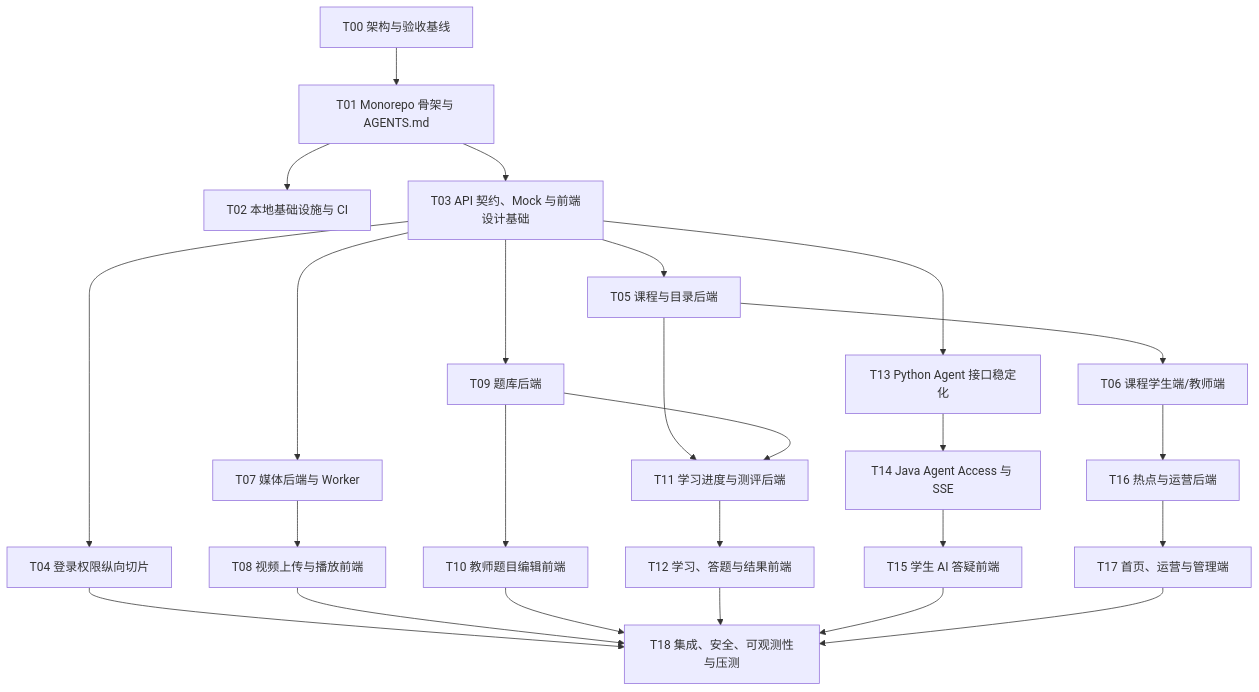
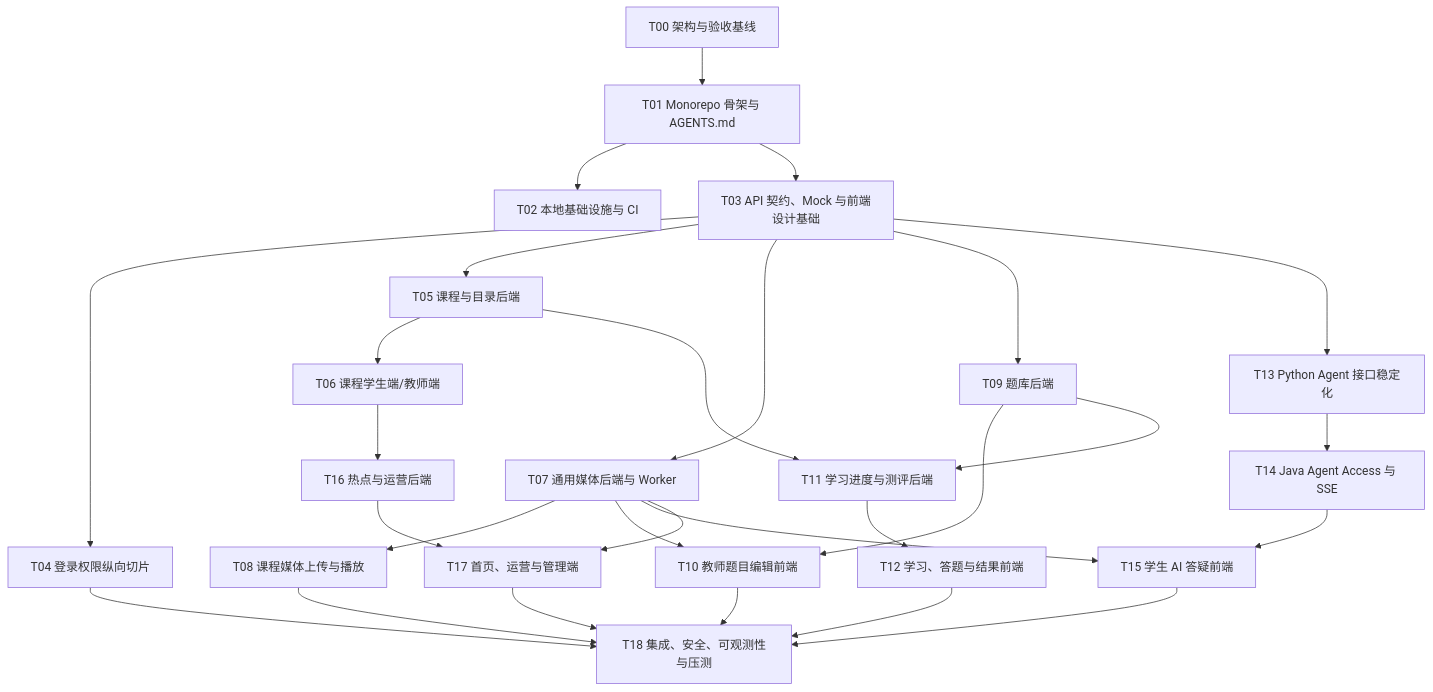
Before and after one commit to chengchen-ccnu/ccnu-edulion: the second of 2 diagrams in Codex大型项目实施与任务拆分指南.md, drawn with Mermaid. The commit also changed other lines of this file and 9 other files, not shown here.

Commit message:
docs(architecture): define OSS asset lifecycle roadmap

````diff
--- a/Codex大型项目实施与任务拆分指南.md
+++ b/Codex大型项目实施与任务拆分指南.md
@@ -80,27 +80,30 @@
 ```mermaid
 flowchart TD
     T00["T00 架构与验收基线"] --> T01["T01 Monorepo 骨架与 AGENTS.md"]
     T01 --> T02["T02 本地基础设施与 CI"]
     T01 --> T03["T03 API 契约、Mock 与前端设计基础"]
     T03 --> T04["T04 登录权限纵向切片"]
     T03 --> T05["T05 课程与目录后端"]
-    T03 --> T07["T07 媒体后端与 Worker"]
+    T03 --> T07["T07 通用媒体后端与 Worker"]
     T03 --> T09["T09 题库后端"]
     T03 --> T13["T13 Python Agent 接口稳定化"]
     T05 --> T06["T06 课程学生端/教师端"]
-    T07 --> T08["T08 视频上传与播放前端"]
+    T07 --> T08["T08 课程媒体上传与播放"]
     T09 --> T10["T10 教师题目编辑前端"]
+    T07 --> T10
     T05 --> T11["T11 学习进度与测评后端"]
     T09 --> T11
     T11 --> T12["T12 学习、答题与结果前端"]
     T13 --> T14["T14 Java Agent Access 与 SSE"]
     T14 --> T15["T15 学生 AI 答疑前端"]
+    T07 --> T15
     T06 --> T16["T16 热点与运营后端"]
     T16 --> T17["T17 首页、运营与管理端"]
+    T07 --> T17
     T04 --> T18["T18 集成、安全、可观测性与压测"]
     T08 --> T18
     T10 --> T18
     T12 --> T18
     T15 --> T18
     T17 --> T18
 ```
````
